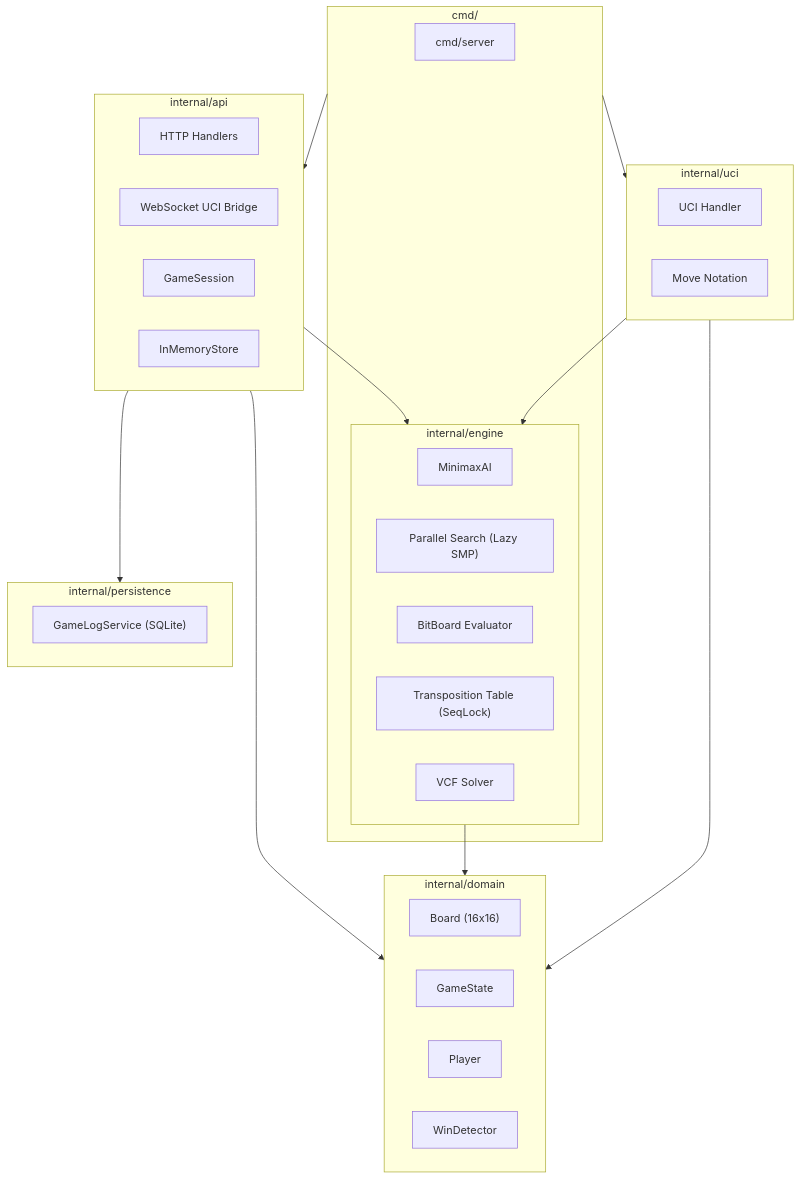
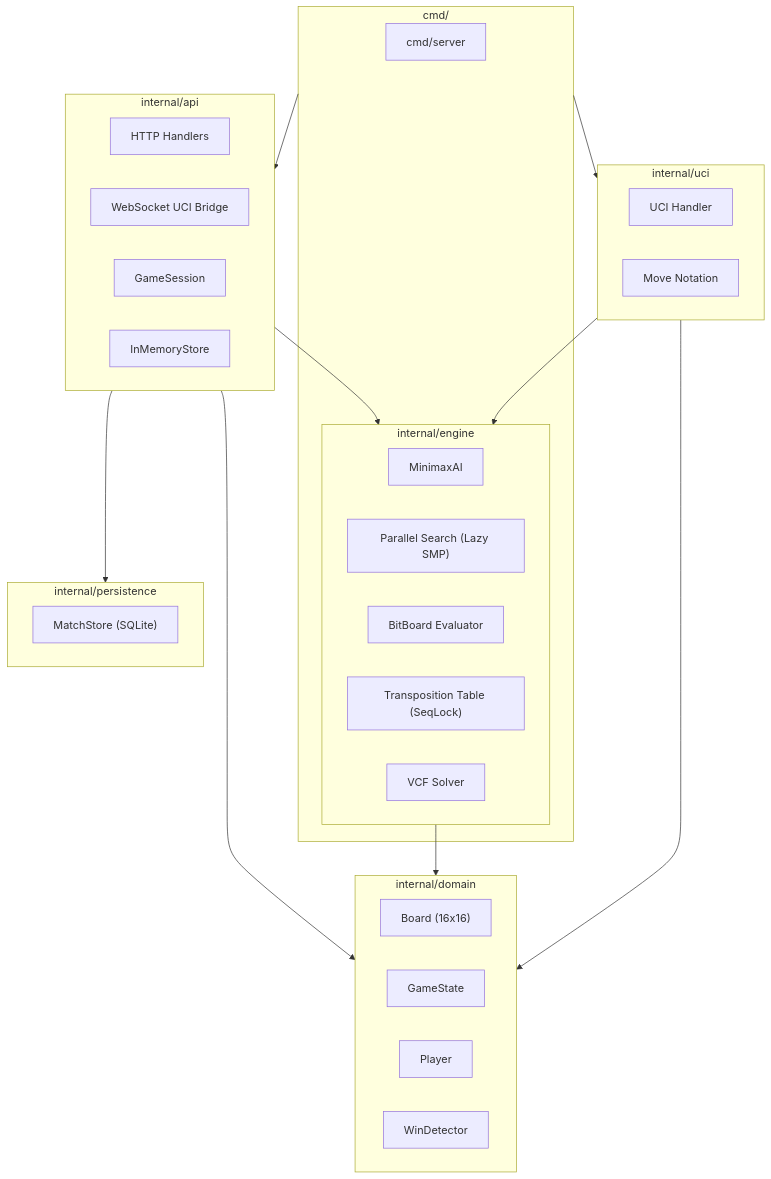
Before and after one commit to lavantien/caro-ai-pvp: the diagram in README.md, drawn with Mermaid. The commit also changed other lines of this file and 3 other files, not shown here.

````diff
--- a/README.md
+++ b/README.md
@@ -229,47 +229,47 @@
 ```mermaid
 graph TB
     subgraph Commands["cmd/"]
         Server["cmd/server"]
         Engine["cmd/engine"]
     end
 
     subgraph API["internal/api"]
         Handlers["HTTP Handlers"]
         WebSocket["WebSocket UCI Bridge"]
         Session["GameSession"]
         Store["InMemoryStore"]
     end
 
     subgraph Engine["internal/engine"]
         Minimax["MinimaxAI"]
         Search["Parallel Search (Lazy SMP)"]
         Evaluator["BitBoard Evaluator"]
         TT["Transposition Table (SeqLock)"]
         VCF["VCF Solver"]
     end
 
     subgraph Domain["internal/domain"]
         Board["Board (16x16)"]
         Game["GameState"]
         Player["Player"]
         Win["WinDetector"]
     end
 
     subgraph UCI["internal/uci"]
         UCIHandler["UCI Handler"]
         Notation["Move Notation"]
     end
 
     subgraph Persistence["internal/persistence"]
-        GameLog["GameLogService (SQLite)"]
+        MatchStore["MatchStore (SQLite)"]
     end
 
     Commands --> API
     Commands --> UCI
     API --> Engine
     API --> Domain
     Engine --> Domain
     UCI --> Engine
     UCI --> Domain
     API --> Persistence
 ```
````
